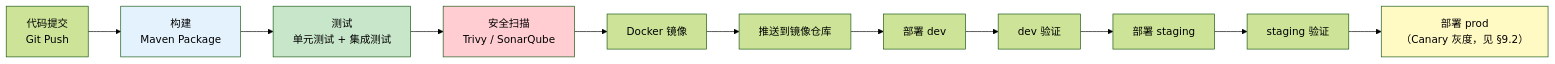
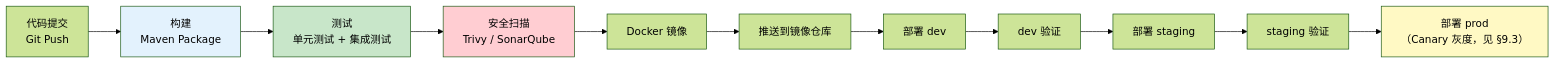
One commit to UranusGit/java-agent-learn changed diagram 15 of 16 in docs/教程/04-企业级架构主干/13-部署与运维.md. Above: the diagram before and after it, drawn with Mermaid (forest theme). The commit also changed other lines of this file and 5 other files, not shown here.

````diff
--- a/docs/教程/04-企业级架构主干/13-部署与运维.md
+++ b/docs/教程/04-企业级架构主干/13-部署与运维.md
@@ -1525,18 +1740,18 @@
 ```mermaid
 graph LR
     CODE["代码提交<br/>Git Push"] --> BUILD["构建<br/>Maven Package"]
     BUILD --> TEST["测试<br/>单元测试 + 集成测试"]
     TEST --> SCAN["安全扫描<br/>Trivy / SonarQube"]
     SCAN --> DOCKER["Docker 镜像"]
     DOCKER --> PUSH["推送到镜像仓库"]
     PUSH --> DEPLOY_DEV["部署 dev"]
     DEPLOY_DEV --> TEST_DEV["dev 验证"]
     TEST_DEV --> DEPLOY_STAGING["部署 staging"]
     DEPLOY_STAGING --> TEST_STAGING["staging 验证"]
-    TEST_STAGING --> DEPLOY_PROD["部署 prod<br/>（Canary 灰度，见 §9.2）"]
+    TEST_STAGING --> DEPLOY_PROD["部署 prod<br/>（Canary 灰度，见 §9.3）"]
 
     style BUILD fill:#e3f2fd
     style TEST fill:#c8e6c9
     style SCAN fill:#ffcdd2
     style DEPLOY_PROD fill:#fff9c4
 ```
````
